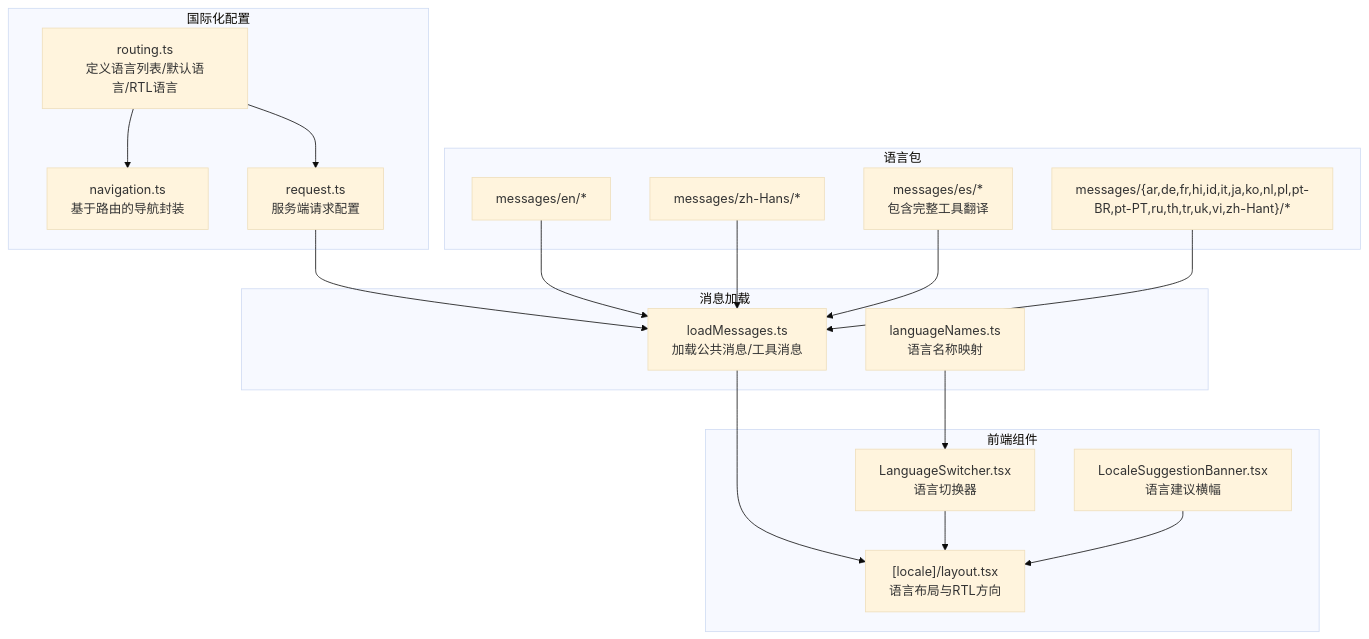
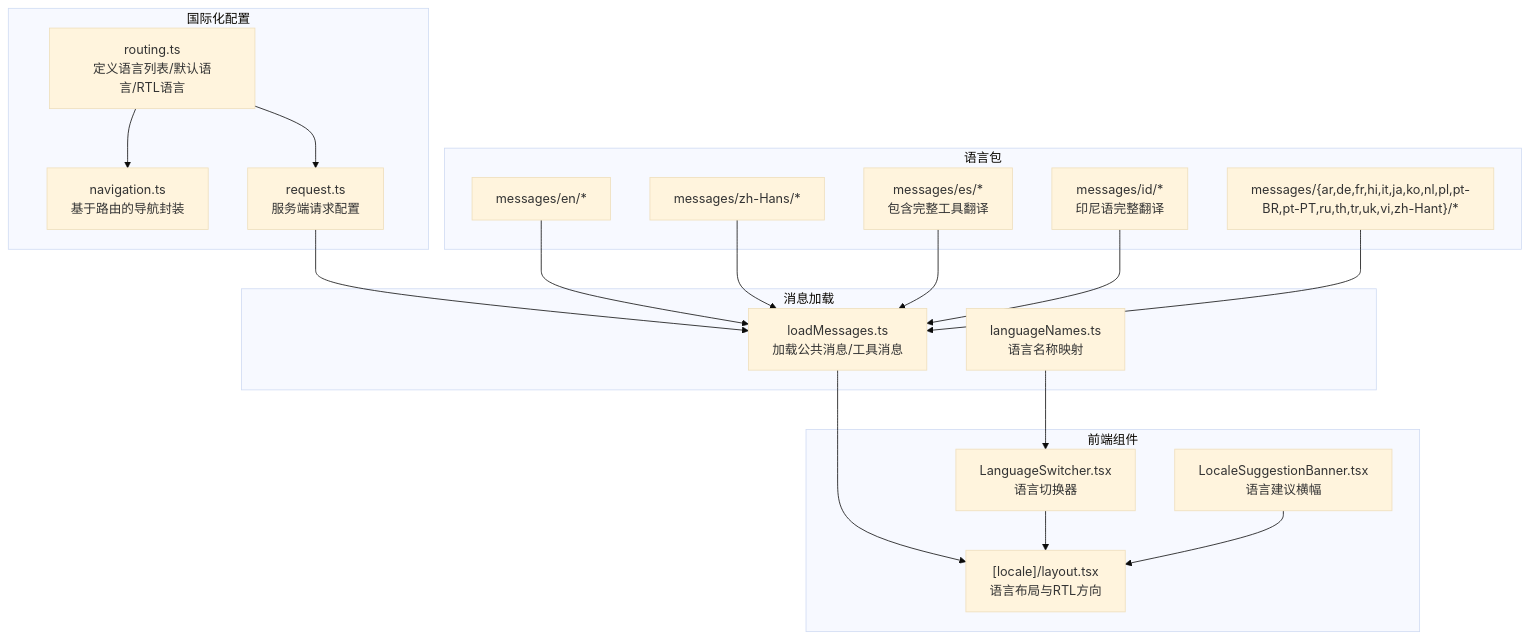
One commit to sgyy/privadeck changed the first of 7 diagrams in .qoder/repowiki/zh/content/项目概述/核心特性/21种语言支持.md. Above: the diagram before and after it, drawn with Mermaid (base theme). The commit also changed other lines of this file and 5 other files, not shown here.

````diff
--- a/.qoder/repowiki/zh/content/项目概述/核心特性/21种语言支持.md
+++ b/.qoder/repowiki/zh/content/项目概述/核心特性/21种语言支持.md
@@ -57,34 +63,36 @@
 ```mermaid
 graph TB
 subgraph "国际化配置"
 R["routing.ts<br/>定义语言列表/默认语言/RTL语言"]
 N["navigation.ts<br/>基于路由的导航封装"]
 REQ["request.ts<br/>服务端请求配置"]
 end
 subgraph "消息加载"
 LM["loadMessages.ts<br/>加载公共消息/工具消息"]
 LN["languageNames.ts<br/>语言名称映射"]
 end
 subgraph "前端组件"
 LS["LanguageSwitcher.tsx<br/>语言切换器"]
 LBB["LocaleSuggestionBanner.tsx<br/>语言建议横幅"]
 LAYOUT["[locale]/layout.tsx<br/>语言布局与RTL方向"]
 end
 subgraph "语言包"
 EN["messages/en/*"]
 ZH["messages/zh-Hans/*"]
 ES["messages/es/*<br/>包含完整工具翻译"]
-OTHER["messages/{ar,de,fr,hi,id,it,ja,ko,nl,pl,pt-BR,pt-PT,ru,th,tr,uk,vi,zh-Hant}/*"]
+ID["messages/id/*<br/>印尼语完整翻译"]
+OTHER["messages/{ar,de,fr,hi,it,ja,ko,nl,pl,pt-BR,pt-PT,ru,th,tr,uk,vi,zh-Hant}/*"]
 end
 R --> N
 R --> REQ
 REQ --> LM
 LM --> LAYOUT
 LN --> LS
 LS --> LAYOUT
 LBB --> LAYOUT
 EN --> LM
 ZH --> LM
 ES --> LM
+ID --> LM
 OTHER --> LM
 ```
````
